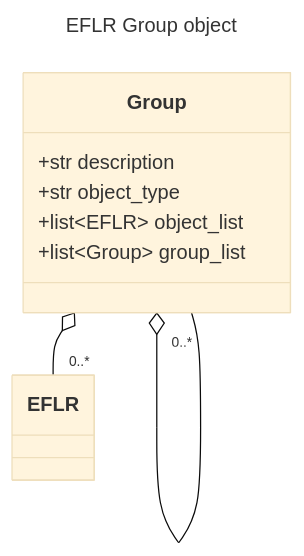
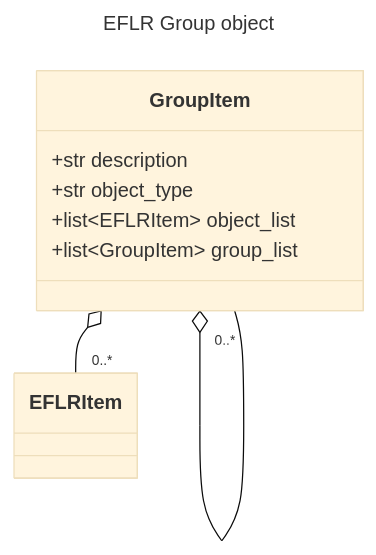
One commit to well-id/dliswriter changed the third of 5 diagrams in README.md. Above: the diagram before and after it, drawn with Mermaid (base theme). The commit also changed other lines of this file, not shown here.

Commit message:
[README] Updated class names in the class diagrams

````diff
--- a/README.md
+++ b/README.md
@@ -447,16 +447,16 @@
 ```mermaid
 ---
 title: EFLR Group object
 ---
 classDiagram
-    Group o-- "0..*" EFLR
-    Group o-- "0..*" Group
+    GroupItem o-- "0..*" EFLRItem
+    GroupItem o-- "0..*" GroupItem
 
-    class Group{
+    class GroupItem{
         +str description
         +str object_type
-        +list~EFLR~ object_list
-        +list~Group~ group_list
+        +list~EFLRItem~ object_list
+        +list~GroupItem~ group_list
     }
     
 ```
````
